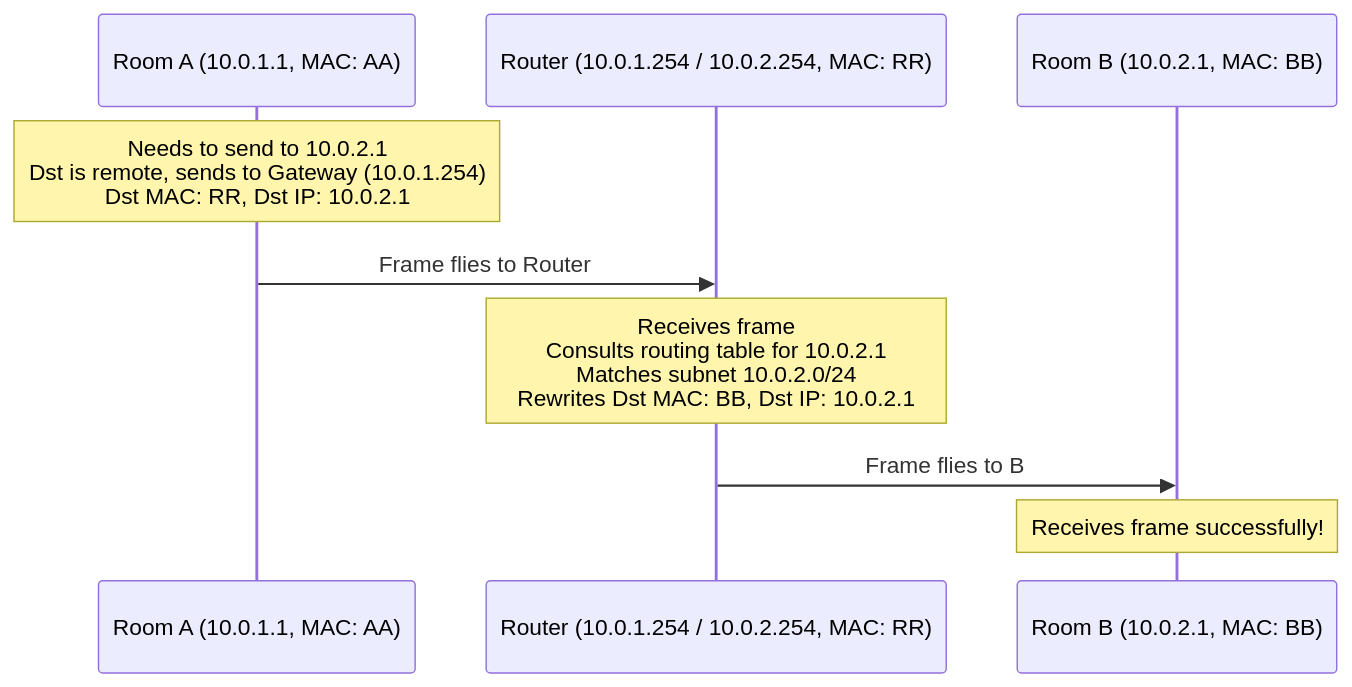
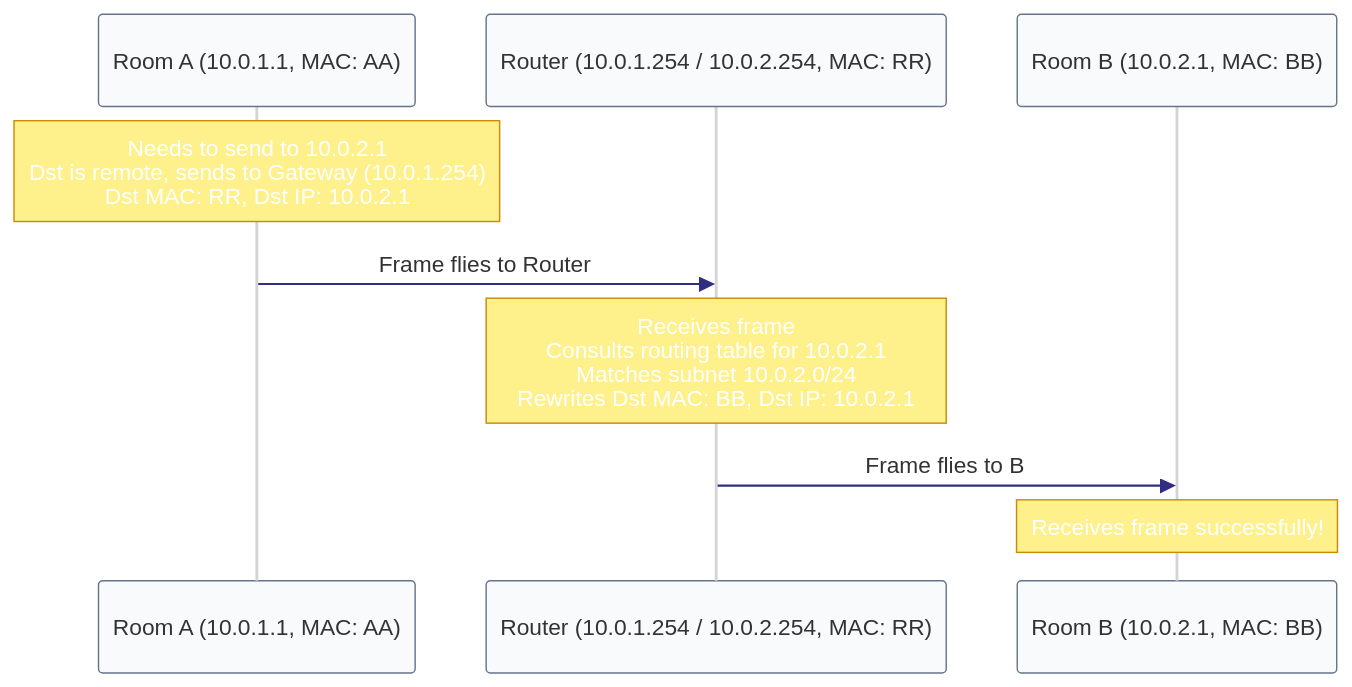
One commit to codermannn/networking_crash_course_for_kubernetes changed the diagram in act-3--escaping-the-building/07-the-map/diagrams/flow.md. Above: the diagram before and after it, drawn with Mermaid. The commit also changed 13 other files, not shown here.

Commit message:
style: apply premium Slate/Indigo/Amber color theme and correct quoting across all diagrams

````diff
--- a/act-3--escaping-the-building/07-the-map/diagrams/flow.md
+++ b/act-3--escaping-the-building/07-the-map/diagrams/flow.md
@@ -5,15 +5,16 @@
 ```mermaid
+%%{init: { 'theme': 'neutral', 'themeVariables': { 'primaryColor': '#F8FAFC', 'actorBkg': '#F8FAFC', 'actorBorder': '#64748B', 'lineColor': '#475569', 'signalColor': '#312E81', 'signalLineColor': '#4338CA', 'labelBoxBorderColor': '#64748B', 'labelBoxBkgColor': '#F1F5F9', 'noteBorderColor': '#CA8A04', 'noteBkgColor': '#FEF08A' }}}%%
 sequenceDiagram
     participant A as Room A (10.0.1.1, MAC: AA)
     participant Router as Router (10.0.1.254 / 10.0.2.254, MAC: RR)
     participant B as Room B (10.0.2.1, MAC: BB)
 
     Note over A: Needs to send to 10.0.2.1<br/>Dst is remote, sends to Gateway (10.0.1.254)<br/>Dst MAC: RR, Dst IP: 10.0.2.1
 
     A->>Router: Frame flies to Router
     
     Note over Router: Receives frame<br/>Consults routing table for 10.0.2.1<br/>Matches subnet 10.0.2.0/24<br/>Rewrites Dst MAC: BB, Dst IP: 10.0.2.1
 
     Router->>B: Frame flies to B
     Note over B: Receives frame successfully!
 ```
````
